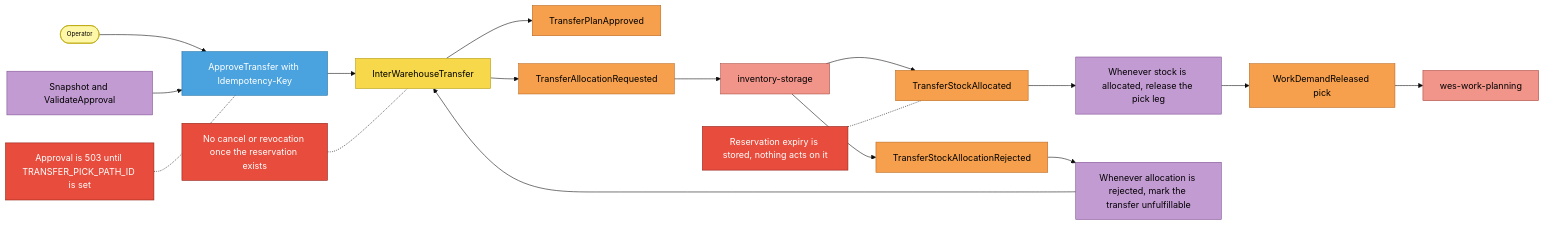
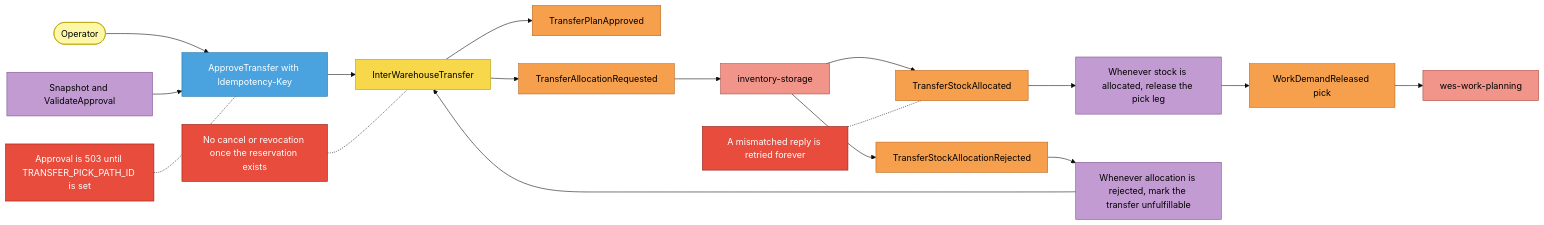
One commit to IQVO/warehouse-docs changed the third of 4 diagrams in docs/contexts/network-inventory-planning/eventstorming.md. Above: the diagram before and after it, drawn with Mermaid (base theme). The commit also changed other lines of this file and 115 other files, not shown here.

````diff
--- a/docs/contexts/network-inventory-planning/eventstorming.md
+++ b/docs/contexts/network-inventory-planning/eventstorming.md
@@ -88,29 +77,26 @@
 ```mermaid
 flowchart LR
   OP([Operator]):::actor --> C1[ApproveTransfer with Idempotency-Key]:::command
   S0[Snapshot and ValidateApproval]:::policy --> C1
   C1 --> G1[InterWarehouseTransfer]:::aggregate
   G1 --> E1[TransferPlanApproved]:::event
   G1 --> E2[TransferAllocationRequested]:::event
   E2 --> X1[inventory-storage]:::external
   X1 --> E3[TransferStockAllocated]:::event
   X1 --> E4[TransferStockAllocationRejected]:::event
   E3 --> P1[Whenever stock is allocated, release the pick leg]:::policy
   P1 --> E5[WorkDemandReleased pick]:::event
   E5 --> X2[wes-work-planning]:::external
   E4 --> P2[Whenever allocation is rejected, mark the transfer unfulfillable]:::policy
   P2 --> G1
-
   H1[Approval is 503 until TRANSFER_PICK_PATH_ID is set]:::hotspot -.- C1
   H2[No cancel or revocation once the reservation exists]:::hotspot -.- G1
-  H3[Reservation expiry is stored, nothing acts on it]:::hotspot -.- E3
-
-  classDef actor fill:#fff7a8,stroke:#b8a400,color:#000,font-size:11px
+  H3[A mismatched reply is retried forever]:::hotspot -.- E3
+  classDef actor fill:#fff7a8,stroke:#b8a400,color:#000
   classDef command fill:#4aa3df,stroke:#1f6fa3,color:#fff
   classDef aggregate fill:#f7d84a,stroke:#b39b12,color:#000
   classDef event fill:#f6a04d,stroke:#b8661c,color:#000
   classDef policy fill:#c39bd3,stroke:#7d4f91,color:#000
-  classDef readmodel fill:#7dcea0,stroke:#2f8a57,color:#000
   classDef external fill:#f1948a,stroke:#a9483e,color:#000
   classDef hotspot fill:#e74c3c,stroke:#8e1f14,color:#fff
 ```
````
